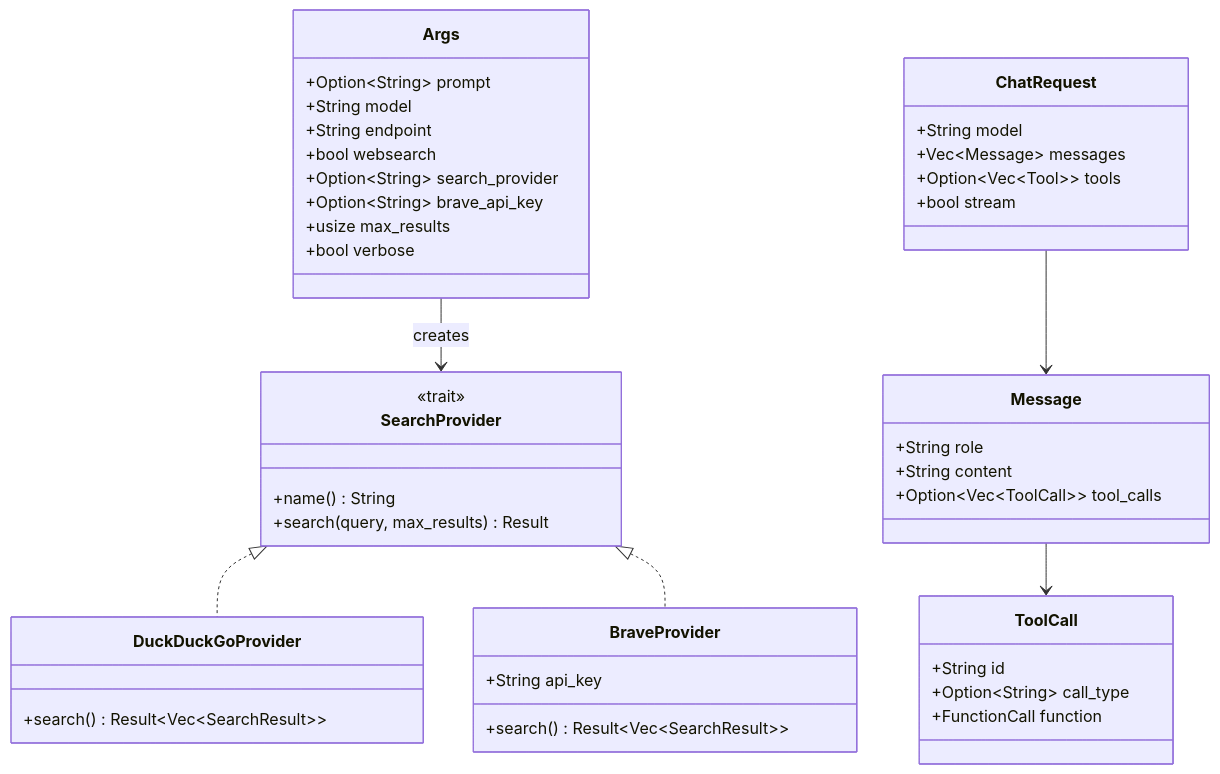
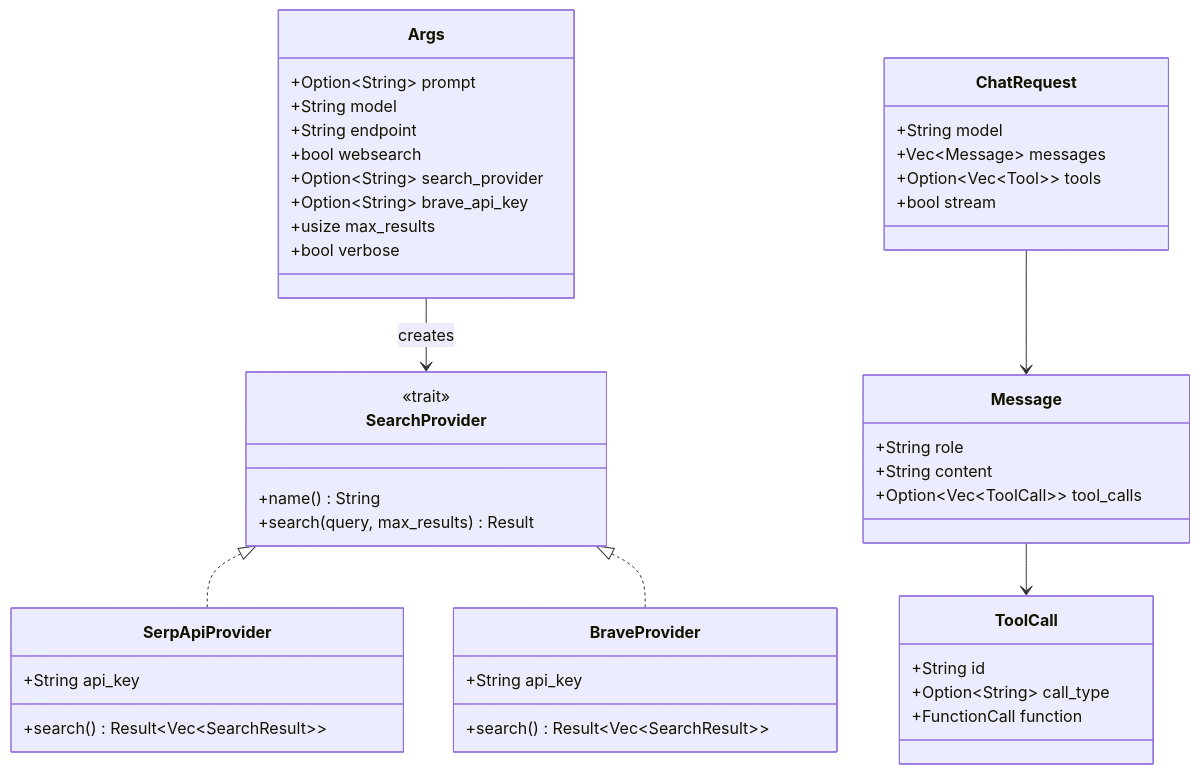
Before and after one commit to shapedthought/term-ai: the second of 15 diagrams in ARCHITECTURE.md, drawn with Mermaid. The commit also changed other lines of this file and 4 other files, not shown here.

````diff
--- a/ARCHITECTURE.md
+++ b/ARCHITECTURE.md
@@ -101,53 +100,54 @@
 ```mermaid
 classDiagram
     class Args {
         +Option~String~ prompt
         +String model
         +String endpoint
         +bool websearch
         +Option~String~ search_provider
         +Option~String~ brave_api_key
         +usize max_results
         +bool verbose
     }
 
     class SearchProvider {
         <<trait>>
         +name() String
         +search(query, max_results) Result
     }
 
-    class DuckDuckGoProvider {
+    class SerpApiProvider {
+        +String api_key
         +search() Result~Vec~SearchResult~~
     }
 
     class BraveProvider {
         +String api_key
         +search() Result~Vec~SearchResult~~
     }
 
     class Message {
         +String role
         +String content
         +Option~Vec~ToolCall~~ tool_calls
     }
 
     class ChatRequest {
         +String model
         +Vec~Message~ messages
         +Option~Vec~Tool~~ tools
         +bool stream
     }
 
     class ToolCall {
         +String id
         +Option~String~ call_type
         +FunctionCall function
     }
 
-    SearchProvider <|.. DuckDuckGoProvider
+    SearchProvider <|.. SerpApiProvider
     SearchProvider <|.. BraveProvider
     ChatRequest --> Message
     Message --> ToolCall
     Args --> SearchProvider : creates
 ```
````
